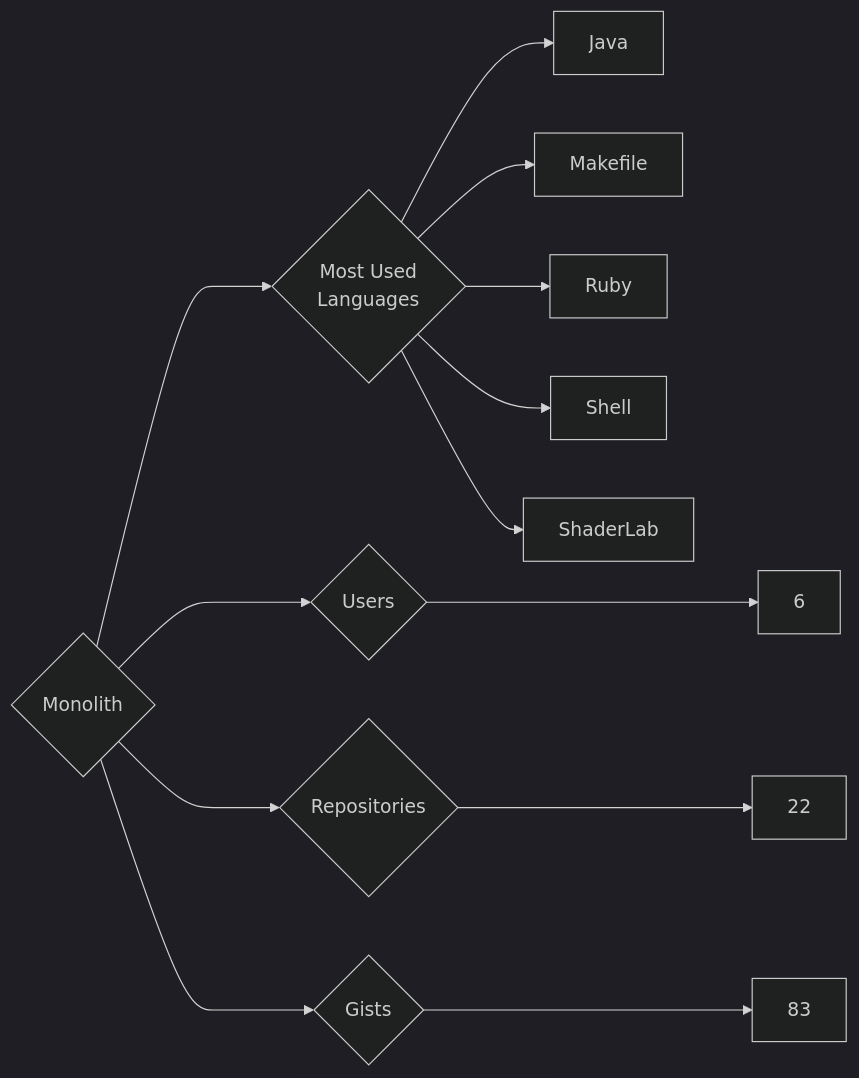
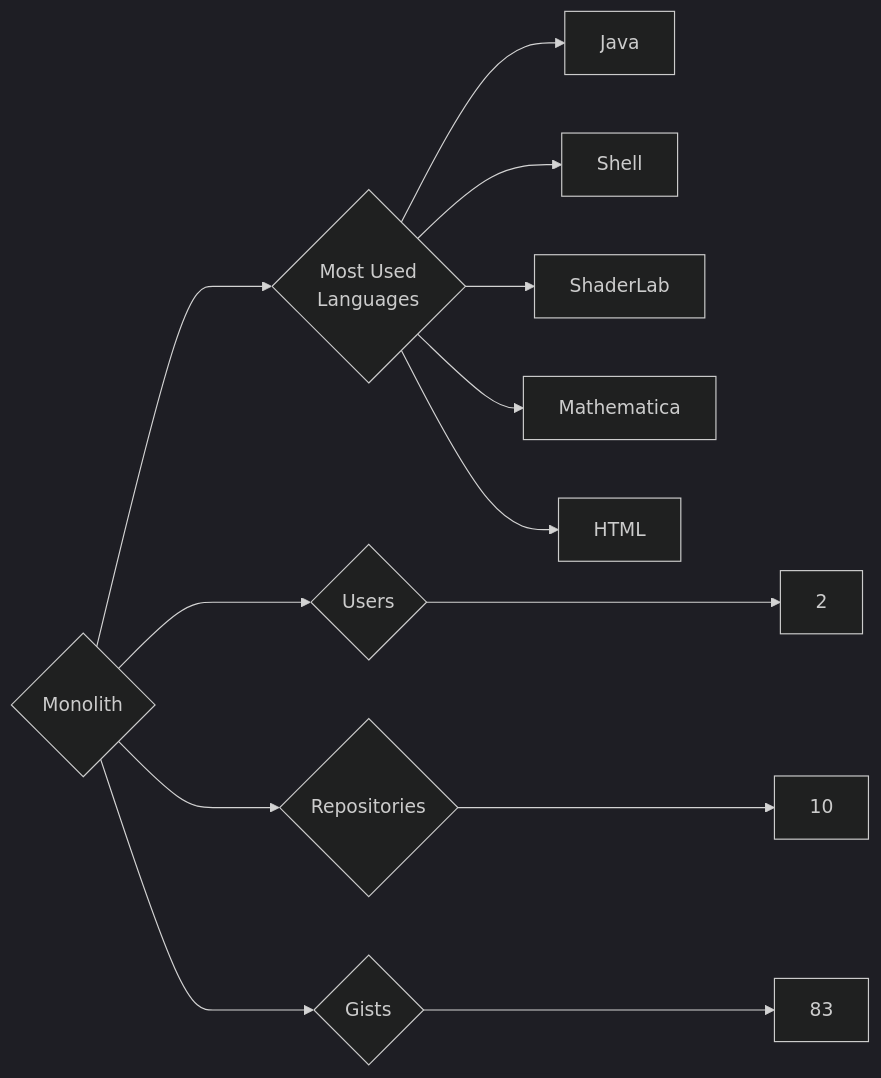
Before and after one commit to trickest/insiders: the diagram in targets/Monolith/README.md, drawn with Mermaid (dark theme). The commit also changed 1389 other files, not shown here.

````diff
--- a/targets/Monolith/README.md
+++ b/targets/Monolith/README.md
@@ -3,13 +3,13 @@
 ```mermaid
 graph LR
 COMPANY_NAME{Monolith}
-COMPANY_NAME ---> U{Users} ---> UN[6]
-COMPANY_NAME ---> R{Repositories} ---> RN[22]
+COMPANY_NAME ---> U{Users} ---> UN[2]
+COMPANY_NAME ---> R{Repositories} ---> RN[10]
 COMPANY_NAME ---> G{Gists} ---> GN[83]
 COMPANY_NAME ---> ML{Most Used<br>Languages}
 ML --> Java[Java]
-ML --> Makefile[Makefile]
-ML --> Ruby[Ruby]
 ML --> Shell[Shell]
 ML --> ShaderLab[ShaderLab]
+ML --> Mathematica[Mathematica]
+ML --> HTML[HTML]
 ```
````
